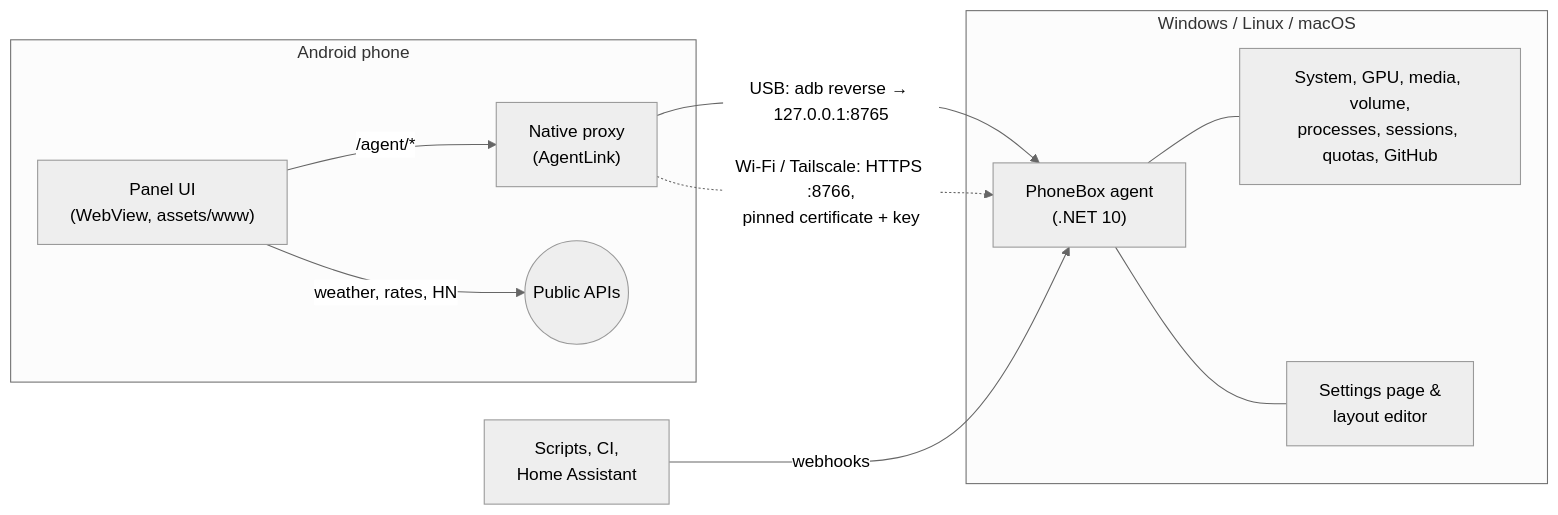
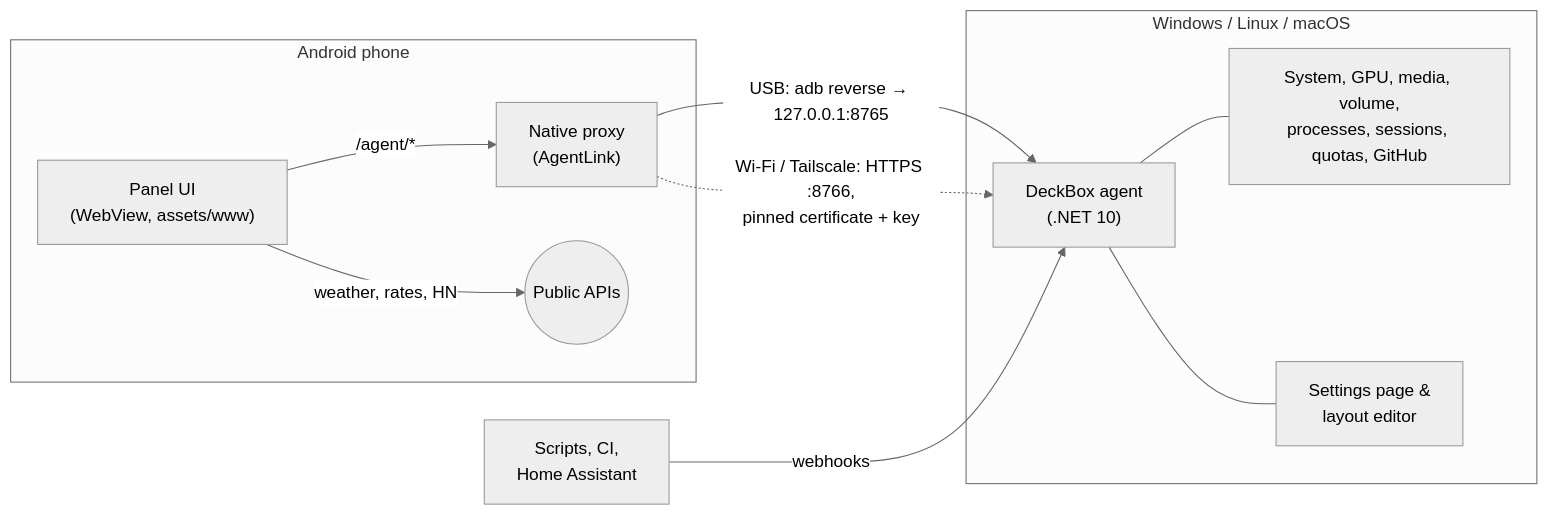
The diagram in docs/DEVELOPMENT.md (Dubstep2004/DeckBox), drawn with Mermaid (neutral theme) before and after one commit. The commit also changed other lines of this file and 502 other files, not shown here.

````diff
--- a/docs/DEVELOPMENT.md
+++ b/docs/DEVELOPMENT.md
@@ -9,15 +9,15 @@
 ```mermaid
 flowchart LR
   subgraph Phone["Android phone"]
     UI["Panel UI<br/>(WebView, assets/www)"] -->|"/agent/*"| Proxy["Native proxy<br/>(AgentLink)"]
     UI -->|weather, rates, HN| Web(("Public APIs"))
   end
   subgraph PC["Windows / Linux / macOS"]
-    Agent["PhoneBox agent<br/>(.NET 10)"]
+    Agent["DeckBox agent<br/>(.NET 10)"]
     Agent --- Mon["System, GPU, media, volume,<br/>processes, sessions, quotas, GitHub"]
     Agent --- Set["Settings page &<br/>layout editor"]
   end
   Proxy -->|"USB: adb reverse → 127.0.0.1:8765"| Agent
   Proxy -.->|"Wi-Fi / Tailscale: HTTPS :8766,<br/>pinned certificate + key"| Agent
   Hooks["Scripts, CI,<br/>Home Assistant"] -->|webhooks| Agent
 ```
````
